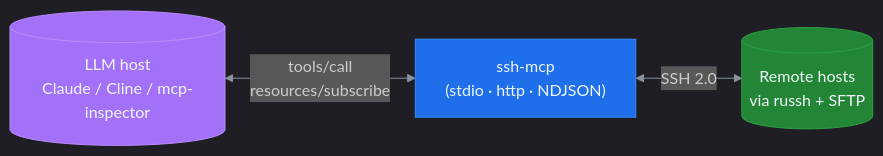
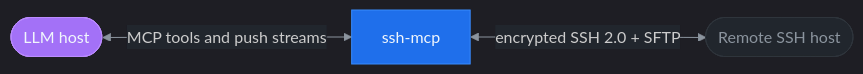
The first of 2 diagrams in README.md (farchanjo/ssh-mcp), drawn with Mermaid before and after one commit. The commit also changed other lines of this file, not shown here.

````diff
--- a/README.md
+++ b/README.md
@@ -11,16 +19,17 @@
 ```mermaid
-%%{init: {'theme':'dark','themeVariables':{'primaryColor':'#1f6feb','primaryTextColor':'#f0f6fc','primaryBorderColor':'#388bfd','lineColor':'#8b949e','mainBkg':'#161b22','clusterBkg':'#0d1117','clusterBorder':'#30363d','titleColor':'#f0f6fc'}}}%%
+%%{init: {'theme':'dark','themeVariables':{'primaryColor':'#1f6feb','primaryTextColor':'#f0f6fc','primaryBorderColor':'#388bfd','lineColor':'#8b949e','secondaryColor':'#161b22','tertiaryColor':'#21262d','background':'#0d1117','mainBkg':'#161b22','secondBkg':'#21262d','tertiaryBkg':'#0d1117','nodeTextColor':'#f0f6fc','edgeLabelBackground':'#21262d','clusterBkg':'#161b22','clusterBorder':'#30363d','titleColor':'#f0f6fc'}}}%%
 flowchart LR
-    LLM[("LLM host<br/>Claude / Cline / mcp-inspector")]
-    SM["ssh-mcp<br/>(stdio · http · NDJSON)"]
-    REM[("Remote hosts<br/>via russh + SFTP")]
-    LLM <-->|tools/call<br/>resources/subscribe| SM
-    SM <-->|SSH 2.0| REM
+    LLM(["LLM host"])
+    SM["ssh-mcp"]
+    REM(["Remote SSH host"])
+
+    LLM <-->|MCP tools and push streams| SM
+    SM <-->|encrypted SSH 2.0 + SFTP| REM
 
     classDef host fill:#a371f7,color:#f0f6fc,stroke:#bc8cff
     classDef core fill:#1f6feb,color:#f0f6fc,stroke:#388bfd
-    classDef remote fill:#238636,color:#f0f6fc,stroke:#2ea043
+    classDef remote fill:#21262d,color:#8b949e,stroke:#30363d
     class LLM host
     class SM core
     class REM remote
 ```
````
